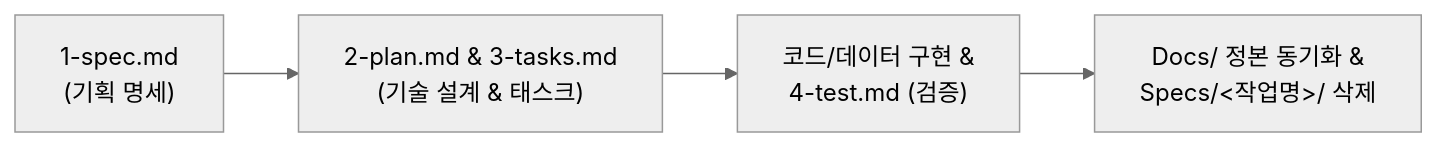
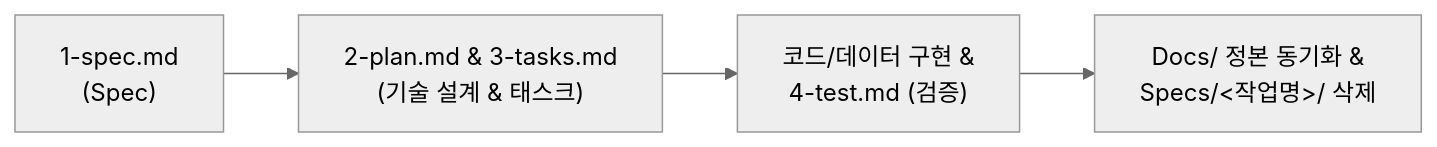
Before and after one commit to Woogl/Ag: the diagram in Docs/AI 워크플로우.md, drawn with Mermaid (neutral theme). The commit also changed other lines of this file and 3 other files, not shown here.

Commit message:
AI 워크플로우에서 모호한 표현 개선

````diff
--- a/Docs/AI 워크플로우.md
+++ b/Docs/AI 워크플로우.md
@@ -24,6 +26,6 @@
 ```mermaid
 flowchart LR
-    Spec["1-spec.md<br/>(기획 명세)"] --> Plan["2-plan.md & 3-tasks.md<br/>(기술 설계 & 태스크)"]
+    Spec["1-spec.md<br/>(Spec)"] --> Plan["2-plan.md & 3-tasks.md<br/>(기술 설계 & 태스크)"]
     Plan --> Impl["코드/데이터 구현 &<br/>4-test.md (검증)"]
     Impl --> Sync["Docs/ 정본 동기화 &<br/>Specs/<작업명>/ 삭제"]
 ```
````
